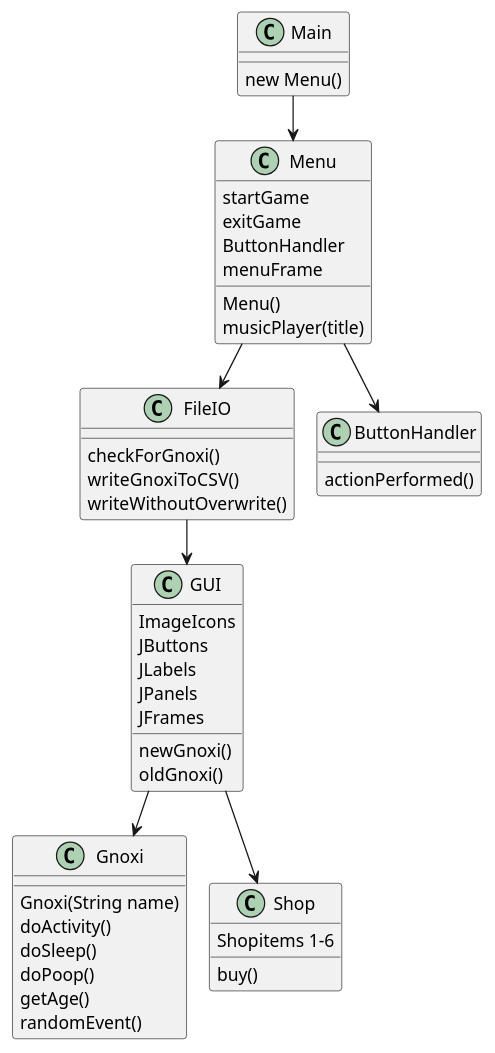
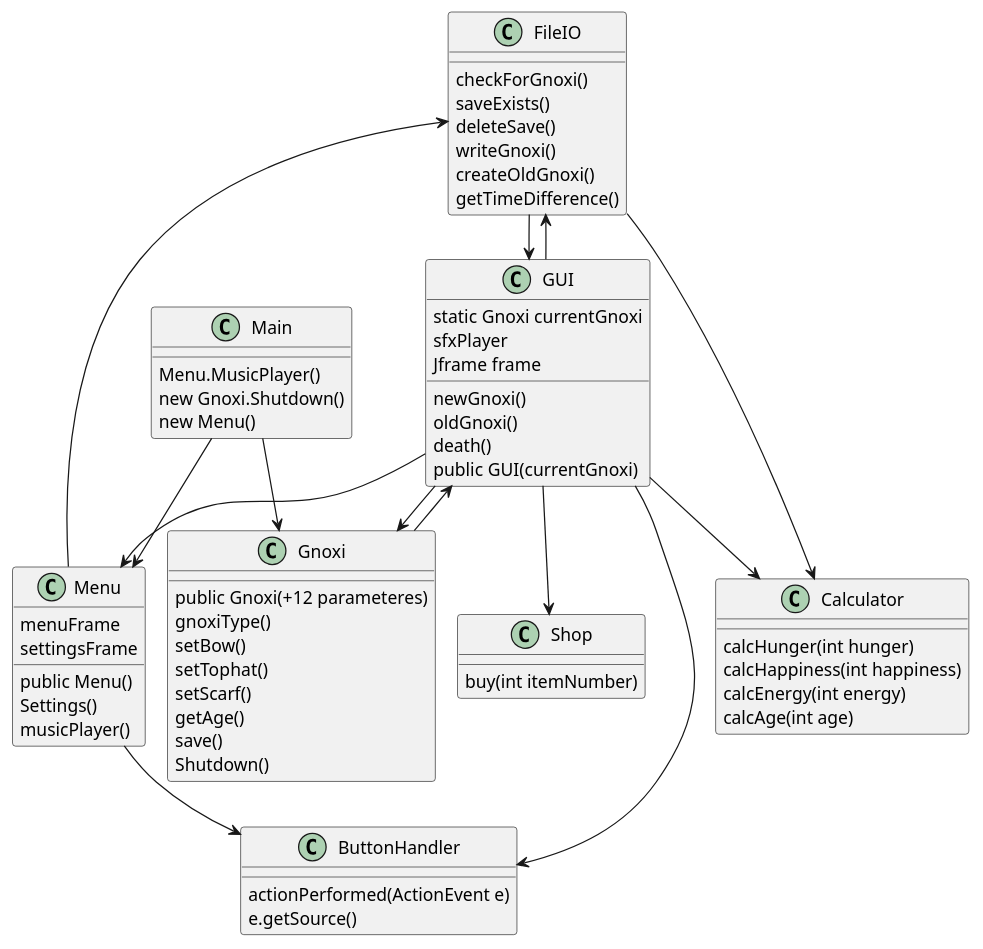
The diagram in Documentation/Classdiagram.puml (Toebzy/ICE-Project), drawn with PlantUML before and after one commit. The commit also changed 57 other files, not shown here.

```diff
--- a/Documentation/Classdiagram.puml
+++ b/Documentation/Classdiagram.puml
@@ -1,54 +1,76 @@
 @startuml
 !pragma layout smetana
 class FileIO
 class Gnoxi
 class GUI
 class Main
 class Menu
 class Shop
+class Calculator
 class ButtonHandler
 
+
+Main : Menu.MusicPlayer()
+Main : new Gnoxi.Shutdown()
 Main : new Menu()
 
-Gnoxi : Gnoxi(String name)
-Gnoxi : doActivity()
-Gnoxi : doSleep()
-Gnoxi : doPoop()
-Gnoxi : getAge()
-Gnoxi : randomEvent()
+Menu : public Menu()
+Menu : Settings()
+Menu : musicPlayer()
+Menu : menuFrame
+Menu : settingsFrame
+
+FileIO : checkForGnoxi()
+FileIO : saveExists()
+FileIO : deleteSave()
+FileIO : writeGnoxi()
+FileIO : createOldGnoxi()
+FileIO : getTimeDifference()
+
+Calculator : calcHunger(int hunger)
+Calculator : calcHappiness(int happiness)
+Calculator : calcEnergy(int energy)
+Calculator : calcAge(int age)
 
 GUI : newGnoxi()
+GUI : static Gnoxi currentGnoxi
 GUI : oldGnoxi()
-GUI : ImageIcons
-GUI : JButtons
-GUI : JLabels
-GUI : JPanels
-GUI : JFrames
+GUI : death()
+GUI : public GUI(currentGnoxi)
+GUI : sfxPlayer
+GUI : Jframe frame
 
-Menu : Menu()
-Menu : musicPlayer(title)
-Menu : startGame
-Menu : exitGame
-Menu : ButtonHandler
-Menu : menuFrame
+Shop : buy(int itemNumber)
 
-ButtonHandler : actionPerformed()
+Gnoxi : public Gnoxi(+12 parameteres)
+Gnoxi : gnoxiType()
+Gnoxi : setBow()
+Gnoxi : setTophat()
+Gnoxi : setScarf()
+Gnoxi : getAge()
+Gnoxi : save()
+Gnoxi : Shutdown()
 
-FileIO : checkForGnoxi()
-FileIO : writeGnoxiToCSV()
-FileIO : writeWithoutOverwrite()
+ButtonHandler : actionPerformed(ActionEvent e)
+ButtonHandler : e.getSource()
 
-Shop : Shopitems 1-6
-Shop : buy()
+
 
 Main --> Menu
+Main --> Gnoxi
 Menu --> FileIO
 Menu --> ButtonHandler
 FileIO --> GUI
+FileIO --> Calculator
 GUI --> Gnoxi
+GUI --> Calculator
+GUI --> FileIO
+GUI --> Menu
+GUI --> ButtonHandler
 GUI --> Shop
+Gnoxi --> GUI
 
 
 
 
 @enduml
```
